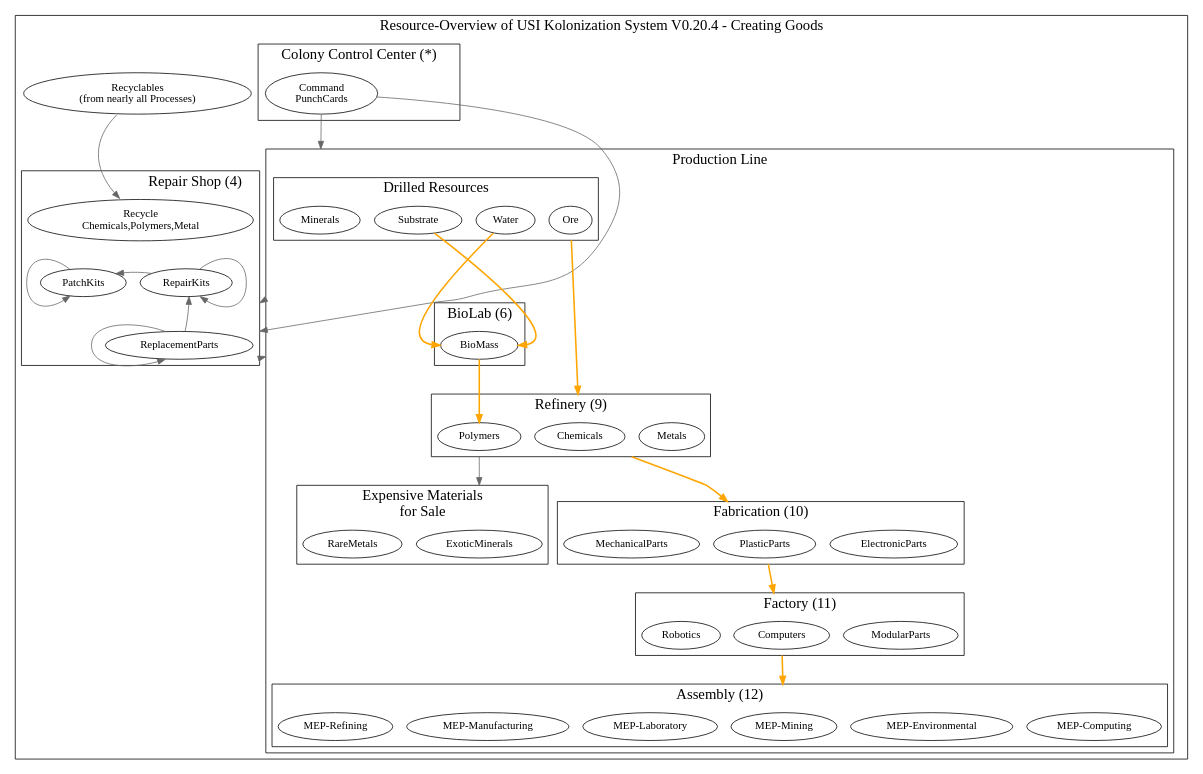
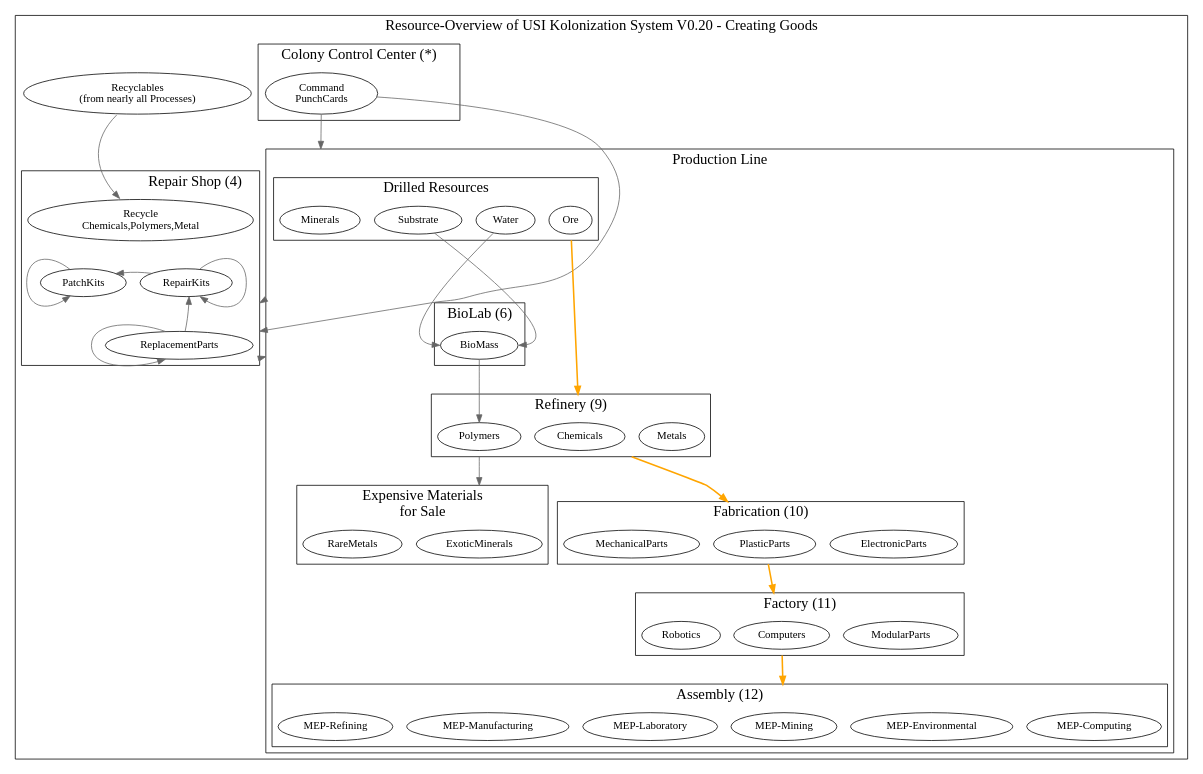
Before and after one commit to mhoram-kerbin/USI-Kolonization-Systems-Resources: the diagram in ProductionLine.dot, drawn with Graphviz. The commit also changed 3 other files, not shown here.

```diff
--- a/ProductionLine.dot
+++ b/ProductionLine.dot
@@ -1,133 +1,133 @@
 /* -*- coding: utf-8; -*-
 Overview over USI Kolonization System Resources
 Copyright 2014 By Mhoram
 
 This Work may be distributed under the Creative Commons
 Attribution-ShareAlike 4.0 International or Creative Commons
 Attribution-NonCommercial-ShareAlike 4.0 International License as you
 chose.
 
 */
 
 # dot -Tpdf -o ProductionLine.pdf ProductionLine.dot
 # dot -Tpng -o ProductionLine.png ProductionLine.dot
 
 digraph Resources {
     compound=true;
 
     subgraph clusterPRODUCTION {
-        graph [label="Resource-Overview of USI Kolonization System V0.20.4 - Creating Goods" fontsize=19];
+        graph [label="Resource-Overview of USI Kolonization System V0.20 - Creating Goods" fontsize=19];
 
         subgraph clusterCCCP {
             label="Colony Control Center (*)";
             CommandP [label="Command\nPunchCards"];
         }
 
         subgraph clusterProductionLine {
             label="Production Line";
 
             subgraph clusterBIOLABP {
                 label="BioLab (6)";
                 PBioMass [label="BioMass"];
             }
 
             subgraph clusterResources {
                 label="Drilled Resources";
                 WaterR [label="Water"];
                 SubstrateR [label="Substrate"];
                 Ore;
                 Minerals;
             }
 
             subgraph clusterRefinery {
                 label="Refinery (9)";
                 Metals;
                 Polymers;
                 Chemicals;
             }
 
             subgraph clusterFabrication {
                 label="Fabrication (10)"
                 ElectronicParts;
                 PlasticParts;
                 MechanicalParts;
             }
 
             subgraph clusterFactory {
                 label="Factory (11)"
                 ModularParts;
                 Computers;
                 Robotics;
             }
 
             subgraph clusterAssembly {
                 label="Assembly (12)";
                 "MEP-Computing";
                 "MEP-Environmental";
                 "MEP-Mining";
                 "MEP-Laboratory";
                 "MEP-Manufacturing";
                 "MEP-Refining";
             }
 
             subgraph clusterSpecials {
                 label="Expensive Materials\nfor Sale";
                 ExoticMinerals;
                 RareMetals;
             }
         }
 
         Recyclables [label="Recyclables\n(from nearly all Processes)"];
 
         subgraph clusterRepair {
             label="Repair Shop (4)";
             labeljust="r";
             PatchKits;
             RepairKits;
             ReplacementParts;
             Recycle [label="Recycle\nChemicals,Polymers,Metal"];
             edge [color="#666666"];
             {
                 rank = same;
                 edge [minlen=1];
                 PatchKits -> RepairKits [style=invisible,arrowhead=none];
             }
             {
                 Recycle -> PatchKits [style=invisible,arrowhead=none];
                 RepairKits -> ReplacementParts [style=invisible,arrowhead=none];
             }
             PatchKits -> PatchKits [tailport=nw,headport=sw];
             RepairKits -> PatchKits;
             RepairKits -> RepairKits [tailport=ne,headport=se];
             ReplacementParts -> RepairKits [constraint = false];
             ReplacementParts -> ReplacementParts [tailport=nw,headport=sw];
         }
 
 /*        {
             rank = same;
             ReplacementParts -> Chemicals;
         }
 */
         edge [minlen=2, color="#666666"];
 
         CommandP -> Minerals [lhead=clusterProductionLine];
         CommandP -> ReplacementParts [lhead=clusterRepair,constraint = false];
         ReplacementParts -> Ore [lhead=clusterProductionLine,ltail=clusterRepair,tailport=se];
-        PBioMass -> Polymers [penwidth=2, color="orange"];
-        SubstrateR -> PBioMass [headport=e, penwidth=2, color="orange"];
-        WaterR -> PBioMass [tailport=sw,headport=w, penwidth=2, color="orange"];
+        PBioMass -> Polymers [];
+        SubstrateR -> PBioMass [headport=e];
+        WaterR -> PBioMass [tailport=sw,headport=w];
         SubstrateR -> ReplacementParts [ltail=clusterProductionLine,lhead=clusterRepair];
 
         Polymers -> ExoticMinerals [ltail=clusterRefinery,lhead=clusterSpecials];
         Ore -> Chemicals [lhead=clusterRefinery; ltail=clusterResources, penwidth=2, color="orange"];
 
         Chemicals -> PlasticParts [lhead=clusterFabrication; ltail=clusterRefinery, penwidth=2, color="orange"];
 
         PlasticParts -> Computers [lhead=clusterFactory; ltail=clusterFabrication, penwidth=2, color="orange"];
 
         Computers -> "MEP-Mining" [lhead=clusterAssembly; ltail=clusterFactory, penwidth=2, color="orange"];
 
         Recyclables -> Recycle [tailport=sw,headport=nw];
     }
 
 }
```
